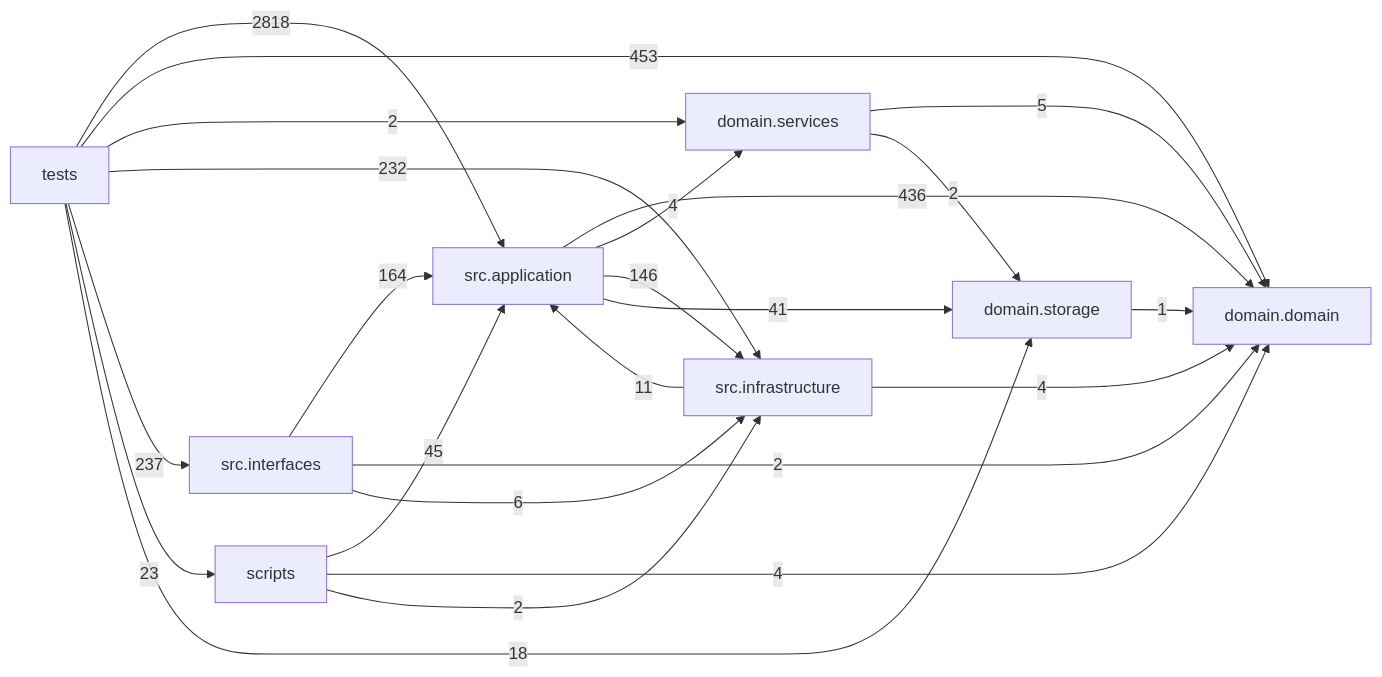
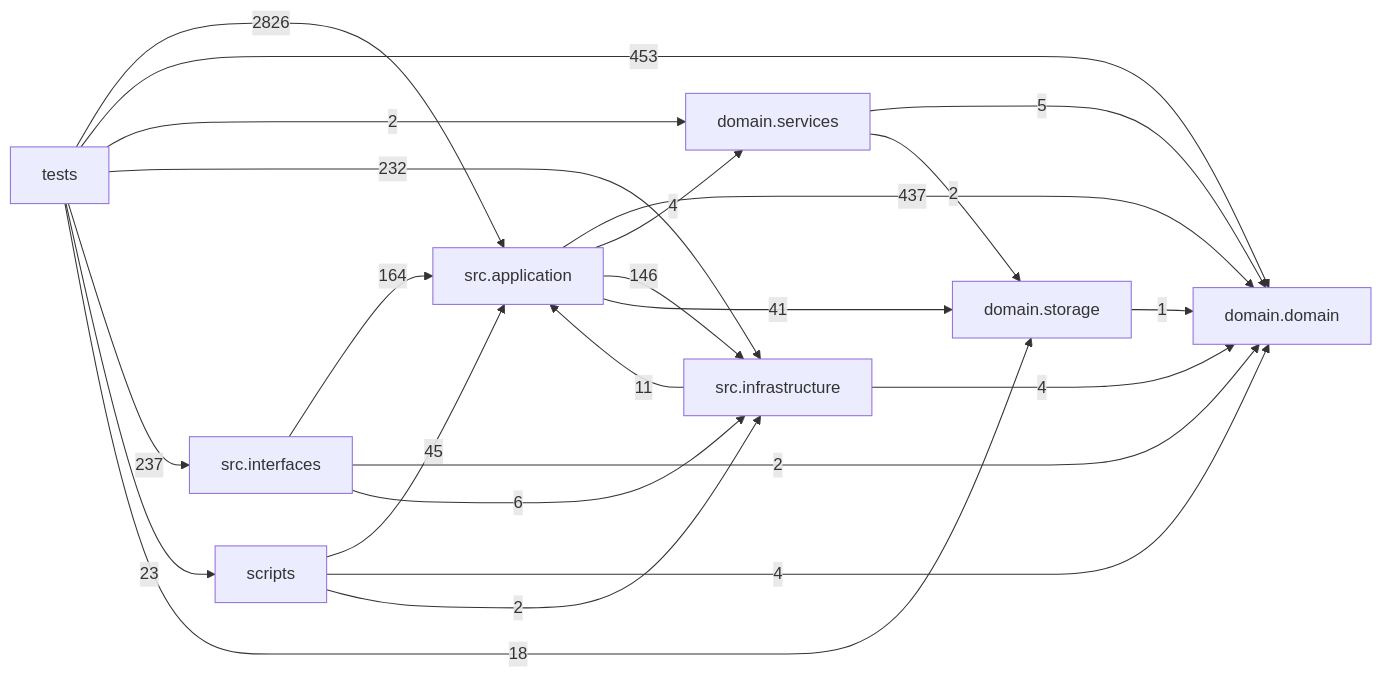
Before and after one commit to liuxie066/options-monitor: the diagram in docs/DEPENDENCY_GRAPH.md, drawn with Mermaid. The commit also changed other lines of this file and 27 other files, not shown here.

````diff
--- a/docs/DEPENDENCY_GRAPH.md
+++ b/docs/DEPENDENCY_GRAPH.md
@@ -24,33 +24,33 @@
 ```mermaid
 flowchart LR
   tests["tests"]
   scripts["scripts"]
   interfaces["src.interfaces"]
   application["src.application"]
   infrastructure["src.infrastructure"]
   domain_services["domain.services"]
   domain["domain.domain"]
   storage["domain.storage"]
-  application -->|436| domain
+  application -->|437| domain
   application -->|4| domain_services
   application -->|146| infrastructure
   application -->|41| storage
   domain_services -->|5| domain
   domain_services -->|2| storage
   infrastructure -->|11| application
   infrastructure -->|4| domain
   interfaces -->|164| application
   interfaces -->|2| domain
   interfaces -->|6| infrastructure
   scripts -->|45| application
   scripts -->|4| domain
   scripts -->|2| infrastructure
   storage -->|1| domain
-  tests -->|2818| application
+  tests -->|2826| application
   tests -->|453| domain
   tests -->|2| domain_services
   tests -->|232| infrastructure
   tests -->|237| interfaces
   tests -->|23| scripts
   tests -->|18| storage
 ```
````
